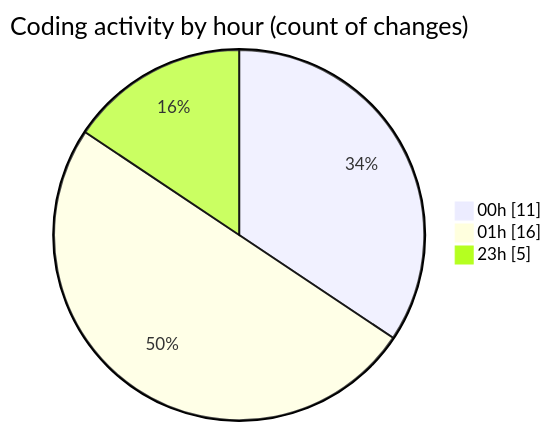
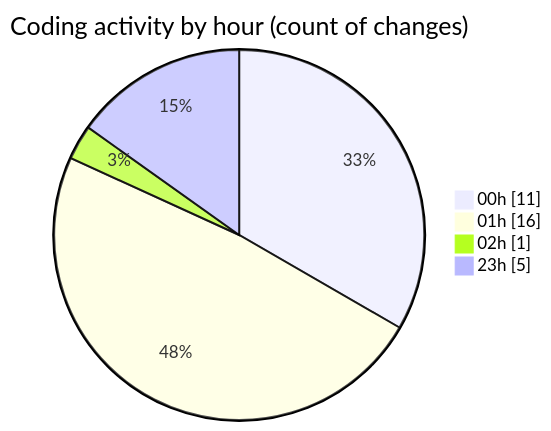
Before and after one commit to Elitesun/code-tracking: the second of 2 diagrams in 2025-02-21/projet/README.md, drawn with Mermaid. The commit also changed other lines of this file and 1 other file, not shown here.

````diff
--- a/2025-02-21/projet/README.md
+++ b/2025-02-21/projet/README.md
@@ -34,7 +35,8 @@
 ```mermaid
 pie showData
 title Coding activity by hour (count of changes)
 "00h" : 11
 "01h" : 16
+"02h" : 1
 "23h" : 5
 ```
````
